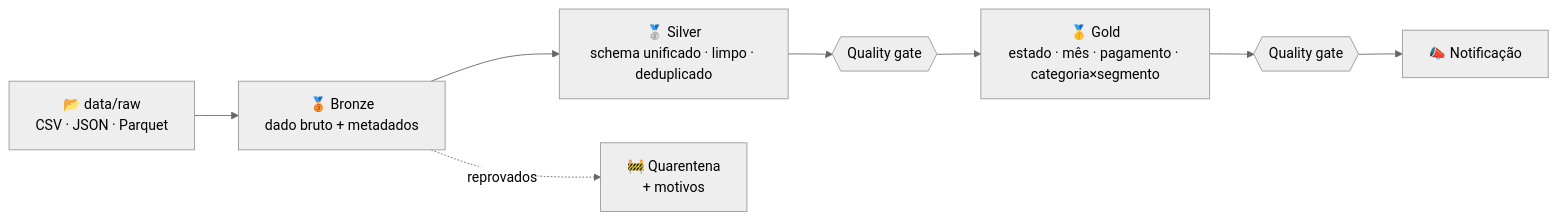
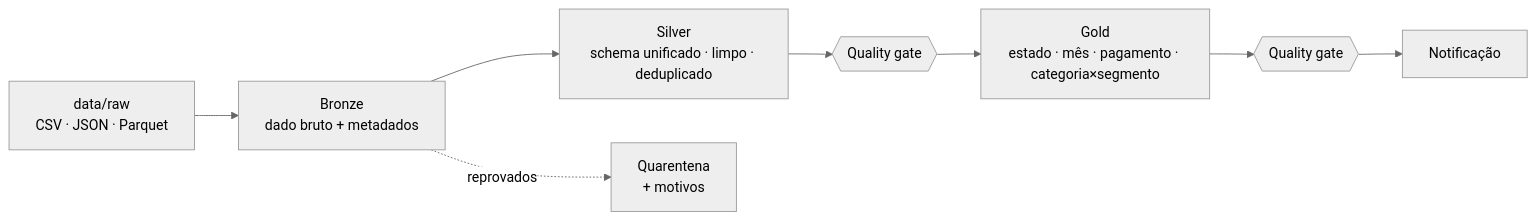
The diagram in README.md (bepam/Bigdata-project-dataflow), drawn with Mermaid (neutral theme) before and after one commit. The commit also changed other lines of this file, not shown here.

Commit message:
Refactor README formatting and section headings
Updated formatting and headings in the README for clarity.

````diff
--- a/README.md
+++ b/README.md
@@ -76,8 +75,8 @@
 ```mermaid
 flowchart LR
-    RAW["📂 data/raw<br/>CSV · JSON · Parquet"] --> B["🥉 Bronze<br/>dado bruto + metadados"]
-    B --> S["🥈 Silver<br/>schema unificado · limpo · deduplicado"]
-    B -. reprovados .-> Q["🚧 Quarentena<br/>+ motivos"]
-    S --> QG{{"Quality gate"}} --> G["🥇 Gold<br/>estado · mês · pagamento · categoria×segmento"]
-    G --> QG2{{"Quality gate"}} --> N["📣 Notificação"]
+    RAW["data/raw<br/>CSV · JSON · Parquet"] --> B["Bronze<br/>dado bruto + metadados"]
+    B --> S["Silver<br/>schema unificado · limpo · deduplicado"]
+    B -. reprovados .-> Q["Quarentena<br/>+ motivos"]
+    S --> QG{{"Quality gate"}} --> G["Gold<br/>estado · mês · pagamento · categoria×segmento"]
+    G --> QG2{{"Quality gate"}} --> N["Notificação"]
 ```
````
